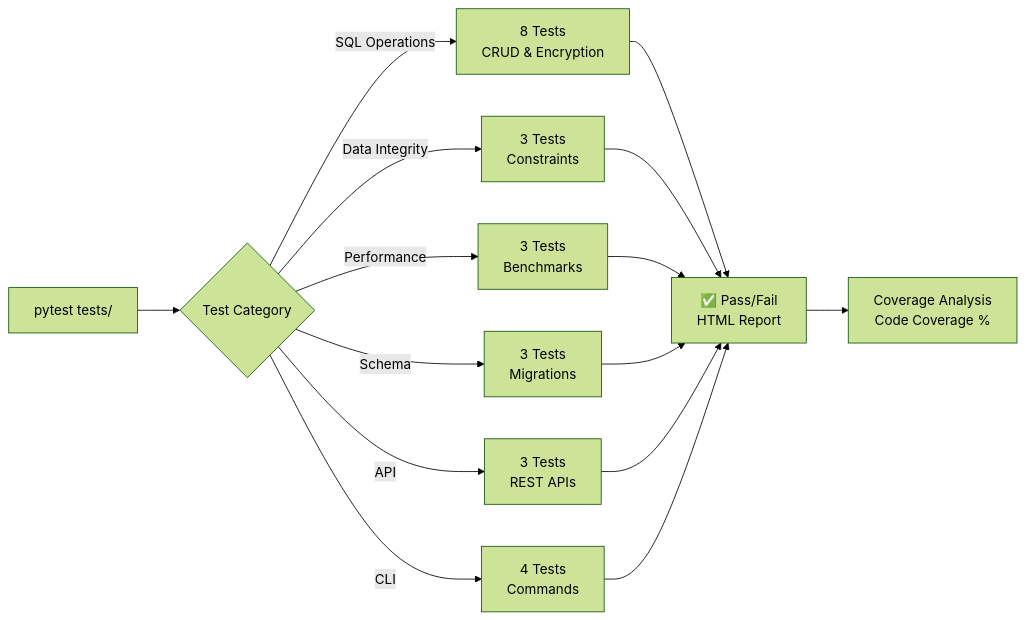
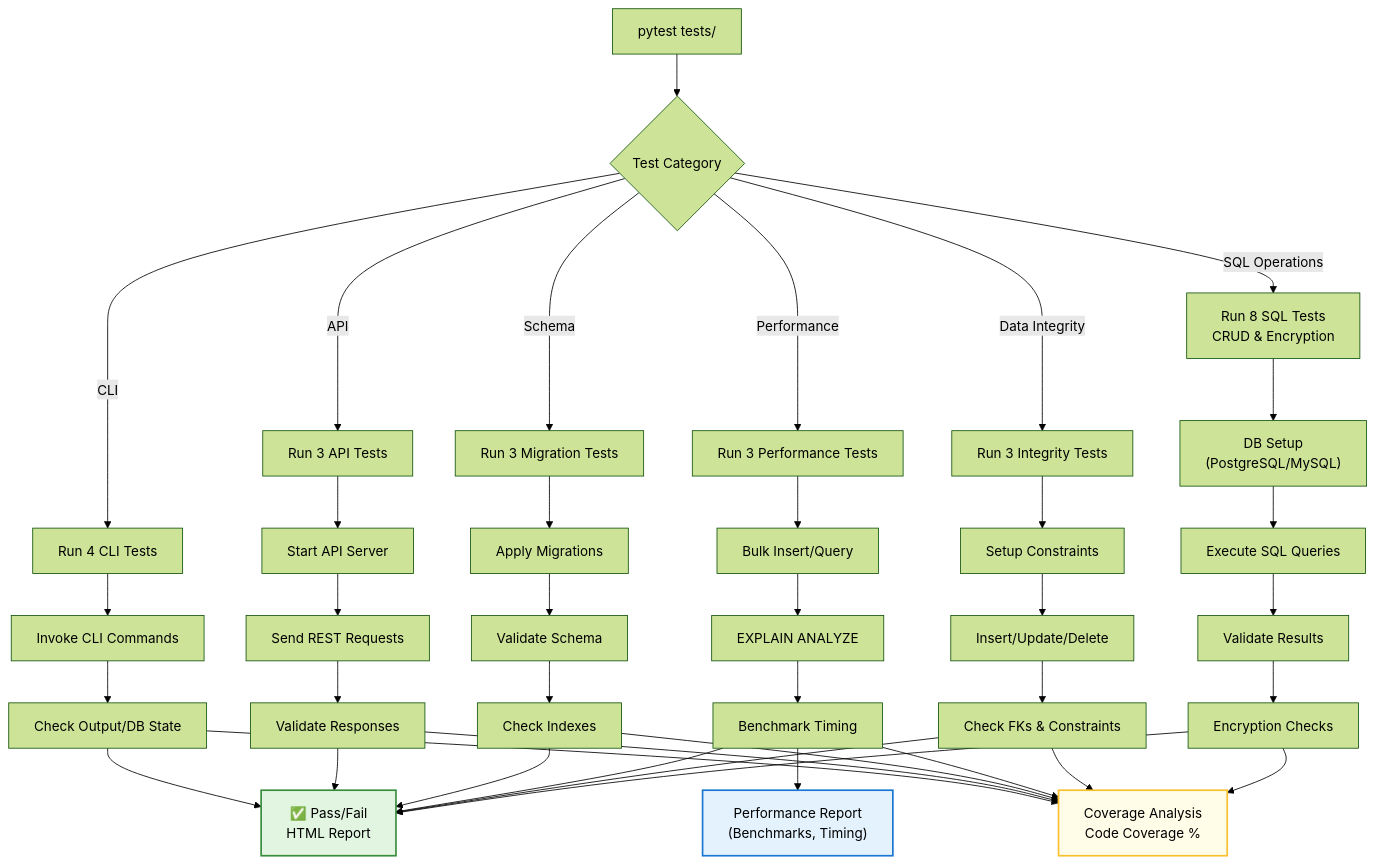
One commit to steadhac/database-qa-automation changed the second of 3 diagrams in README.md. Above: the diagram before and after it, drawn with Mermaid (forest theme).

Commit message:
Updating the testing flow diagram

````diff
--- a/README.md
+++ b/README.md
@@ -183,19 +183,63 @@
 ```mermaid
-graph LR
+graph TD
     A["pytest tests/"] --> B{Test Category}
-    B -->|SQL Operations| C["8 Tests<br/>CRUD & Encryption"]
-    B -->|Data Integrity| D["3 Tests<br/>Constraints"]
-    B -->|Performance| E["3 Tests<br/>Benchmarks"]
-    B -->|Schema| F["3 Tests<br/>Migrations"]
-    B -->|API| G["3 Tests<br/>REST APIs"]
-    B -->|CLI| H["4 Tests<br/>Commands"]
     
-    C --> I["✅ Pass/Fail<br/>HTML Report"]
-    D --> I
-    E --> I
-    F --> I
-    G --> I
-    H --> I
+    %% SQL Operations
+    B -->|SQL Operations| C1["Run 8 SQL Tests<br/>CRUD & Encryption"]
+    C1 --> C2["DB Setup<br/>(PostgreSQL/MySQL)"]
+    C2 --> C3["Execute SQL Queries"]
+    C3 --> C4["Validate Results"]
+    C4 --> C5["Encryption Checks"]
+    C5 --> R1["HTML Report"]
+    C5 --> R2["Coverage %"]
     
-    I --> J["Coverage Analysis<br/>Code Coverage %"]
+    %% Data Integrity
+    B -->|Data Integrity| D1["Run 3 Integrity Tests"]
+    D1 --> D2["Setup Constraints"]
+    D2 --> D3["Insert/Update/Delete"]
+    D3 --> D4["Check FKs & Constraints"]
+    D4 --> R1
+    D4 --> R2
+
+    %% Performance
+    B -->|Performance| E1["Run 3 Performance Tests"]
+    E1 --> E2["Bulk Insert/Query"]
+    E2 --> E3["EXPLAIN ANALYZE"]
+    E3 --> E4["Benchmark Timing"]
+    E4 --> R1
+    E4 --> R2
+    E4 --> E5["Performance Report"]
+
+    %% Schema
+    B -->|Schema| F1["Run 3 Migration Tests"]
+    F1 --> F2["Apply Migrations"]
+    F2 --> F3["Validate Schema"]
+    F3 --> F4["Check Indexes"]
+    F4 --> R1
+    F4 --> R2
+
+    %% API
+    B -->|API| G1["Run 3 API Tests"]
+    G1 --> G2["Start API Server"]
+    G2 --> G3["Send REST Requests"]
+    G3 --> G4["Validate Responses"]
+    G4 --> R1
+    G4 --> R2
+
+    %% CLI
+    B -->|CLI| H1["Run 4 CLI Tests"]
+    H1 --> H2["Invoke CLI Commands"]
+    H2 --> H3["Check Output/DB State"]
+    H3 --> R1
+    H3 --> R2
+
+    %% Reports
+    R1["✅ Pass/Fail<br/>HTML Report"]
+    R2["Coverage Analysis<br/>Code Coverage %"]
+    E5["Performance Report<br/>(Benchmarks, Timing)"]
+
+    %% Styling
+    style E5 fill:#e3f2fd,stroke:#1976d2,stroke-width:2px
+    style R1 fill:#e1f5e1,stroke:#388e3c,stroke-width:2px
+    style R2 fill:#fffde7,stroke:#fbc02d,stroke-width:2px
 ```
````
